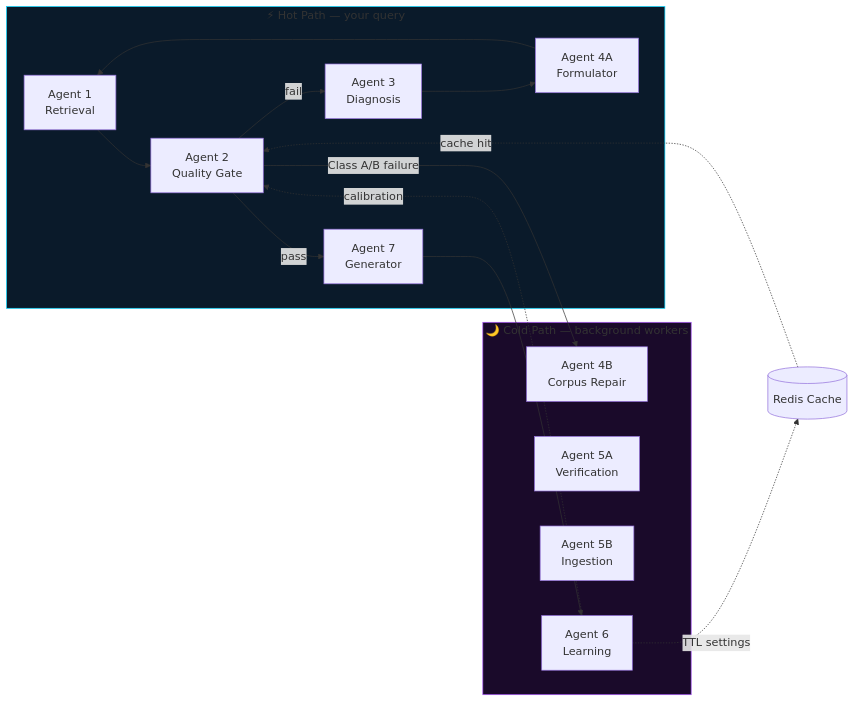
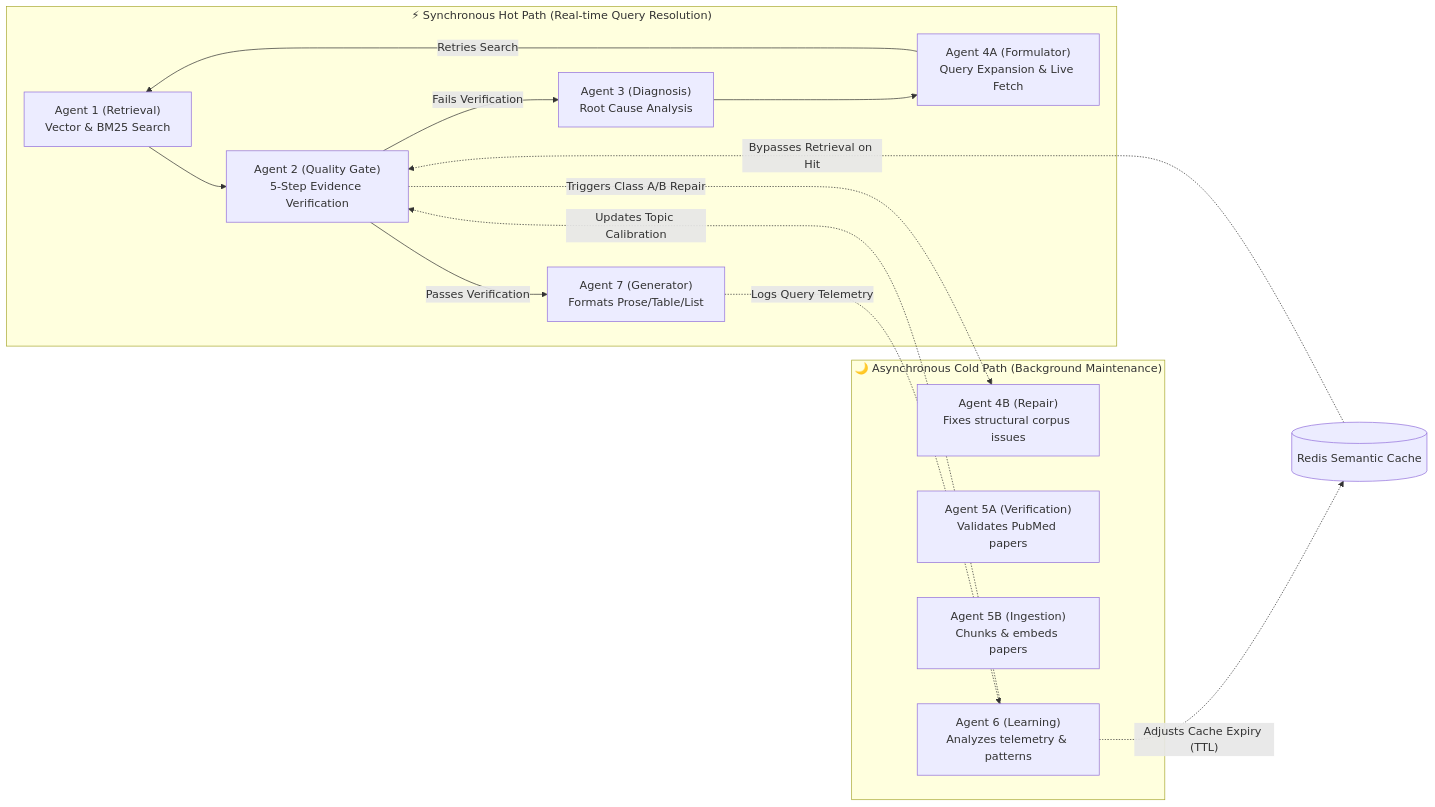
The first of 8 diagrams in ARCHITECTURE.md (pavan939111/SelfLearning_Rag), drawn with Mermaid before and after one commit. The commit also changed other lines of this file and 1 other file, not shown here.

Commit message:
docs: redesign mermaid diagrams for better colors and missing information

````diff
--- a/ARCHITECTURE.md
+++ b/ARCHITECTURE.md
@@ -15,26 +15,23 @@
 ```mermaid
 flowchart LR
-    subgraph HOT ["⚡ Hot Path — your query"]
-        H1[Agent 1\nRetrieval] --> H2[Agent 2\nQuality Gate]
-        H2 -->|pass| H7[Agent 7\nGenerator]
-        H2 -->|fail| H3[Agent 3\nDiagnosis]
-        H3 --> H4A[Agent 4A\nFormulator]
-        H4A --> H1
+    subgraph HOT ["⚡ Synchronous Hot Path (Real-time Query Resolution)"]
+        H1["Agent 1 (Retrieval)\nVector & BM25 Search"] --> H2["Agent 2 (Quality Gate)\n5-Step Evidence Verification"]
+        H2 -->|"Passes Verification"| H7["Agent 7 (Generator)\nFormats Prose/Table/List"]
+        H2 -->|"Fails Verification"| H3["Agent 3 (Diagnosis)\nRoot Cause Analysis"]
+        H3 --> H4A["Agent 4A (Formulator)\nQuery Expansion & Live Fetch"]
+        H4A -->|"Retries Search"| H1
     end
 
-    subgraph COLD ["🌙 Cold Path — background workers"]
-        C4B[Agent 4B\nCorpus Repair]
-        C5A[Agent 5A\nVerification]
-        C5B[Agent 5B\nIngestion]
-        C6[Agent 6\nLearning]
+    subgraph COLD ["🌙 Asynchronous Cold Path (Background Maintenance)"]
+        C4B["Agent 4B (Repair)\nFixes structural corpus issues"]
+        C5A["Agent 5A (Verification)\nValidates PubMed papers"]
+        C5B["Agent 5B (Ingestion)\nChunks & embeds papers"]
+        C6["Agent 6 (Learning)\nAnalyzes telemetry & patterns"]
     end
 
-    H2 -->|Class A/B failure| C4B
-    H7 --> C6
-    C6 -.->|calibration| H2
-    C6 -.->|TTL settings| CACHE[(Redis Cache)]
-    CACHE -.->|cache hit| H2
-
-    style HOT fill:#0a1a2a,stroke:#00d4ff
-    style COLD fill:#1a0a2a,stroke:#a855f7
+    H2 -.->|"Triggers Class A/B Repair"| C4B
+    H7 -.->|"Logs Query Telemetry"| C6
+    C6 -.->|"Updates Topic Calibration"| H2
+    C6 -.->|"Adjusts Cache Expiry (TTL)"| CACHE[("Redis Semantic Cache")]
+    CACHE -.->|"Bypasses Retrieval on Hit"| H2
 ```
````
